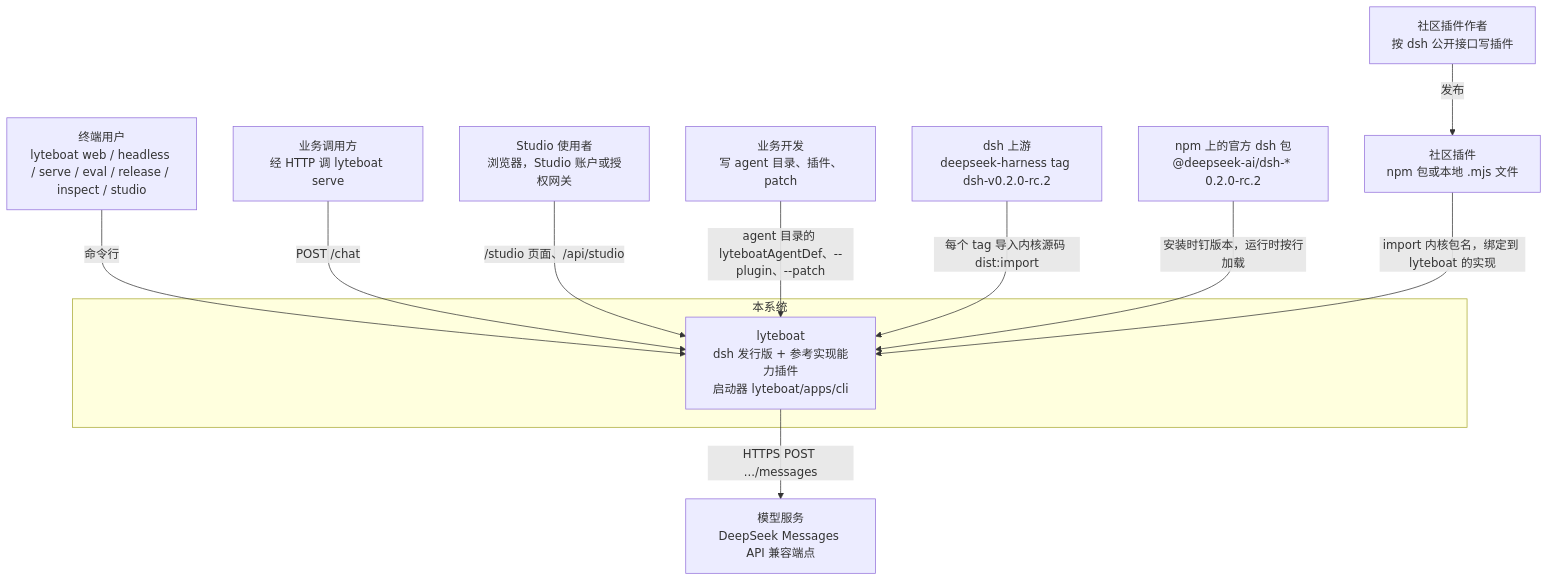
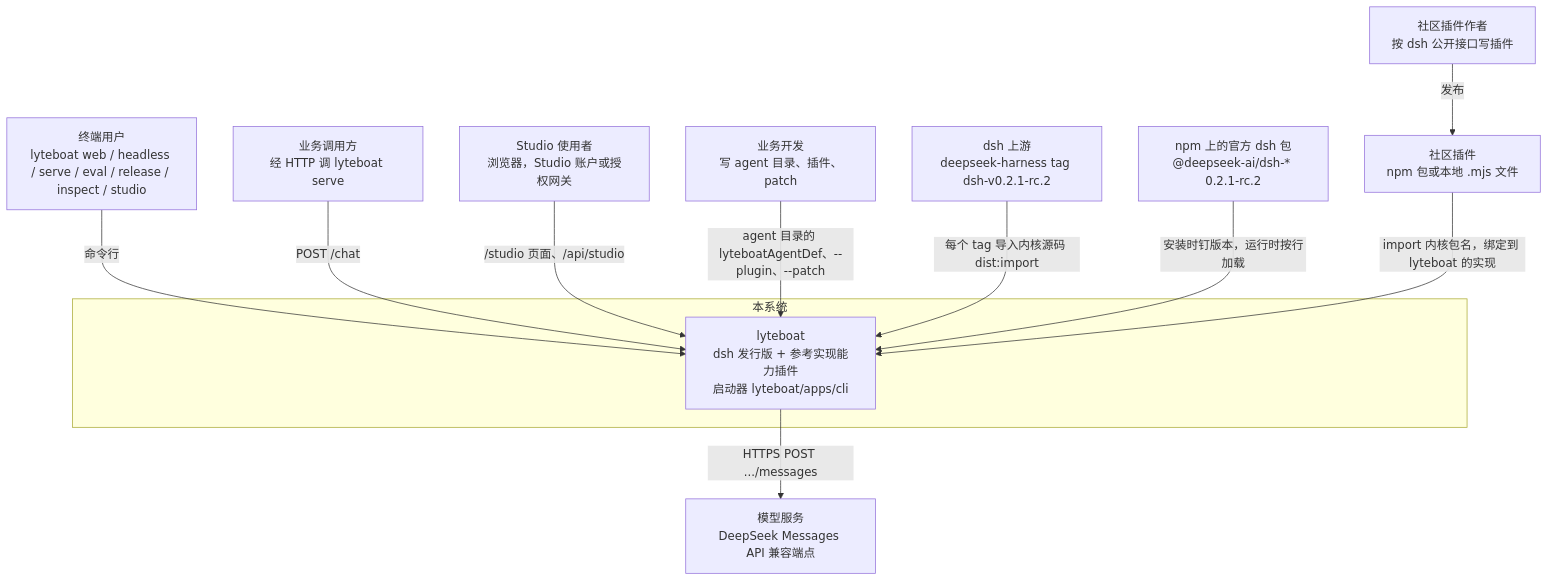
The first of 11 diagrams in docs/01-architecture.md (lyteboat/lyteboat), drawn with Mermaid before and after one commit. The commit also changed other lines of this file and 9 other files, not shown here.

````diff
--- a/docs/01-architecture.md
+++ b/docs/01-architecture.md
@@ -68,24 +68,24 @@
 ```mermaid
 flowchart TB
   user["终端用户<br/>lyteboat web / headless / serve / eval / release / inspect / studio"]
   caller["业务调用方<br/>经 HTTP 调 lyteboat serve"]
   sviewer["Studio 使用者<br/>浏览器，Studio 账户或授权网关"]
   dev["业务开发<br/>写 agent 目录、插件、patch"]
   author["社区插件作者<br/>按 dsh 公开接口写插件"]
   subgraph SYS["本系统"]
     lyteboat["lyteboat<br/>dsh 发行版 + 参考实现能力插件<br/>启动器 lyteboat/apps/cli"]
   end
-  upstream["dsh 上游<br/>deepseek-harness tag dsh-v0.2.0-rc.2"]
-  npm["npm 上的官方 dsh 包<br/>@deepseek-ai/dsh-* 0.2.0-rc.2"]
+  upstream["dsh 上游<br/>deepseek-harness tag dsh-v0.2.1-rc.2"]
+  npm["npm 上的官方 dsh 包<br/>@deepseek-ai/dsh-* 0.2.1-rc.2"]
   cplug["社区插件<br/>npm 包或本地 .mjs 文件"]
   model["模型服务<br/>DeepSeek Messages API 兼容端点"]
   user -->|"命令行"| lyteboat
   caller -->|"POST /chat"| lyteboat
   sviewer -->|"/studio 页面、/api/studio"| lyteboat
   dev -->|"agent 目录的 lyteboatAgentDef、--plugin、--patch"| lyteboat
   upstream -->|"每个 tag 导入内核源码 dist:import"| lyteboat
   npm -->|"安装时钉版本，运行时按行加载"| lyteboat
   author -->|"发布"| cplug
   cplug -->|"import 内核包名，绑定到 lyteboat 的实现"| lyteboat
   lyteboat -->|"HTTPS POST .../messages"| model
 ```
````
